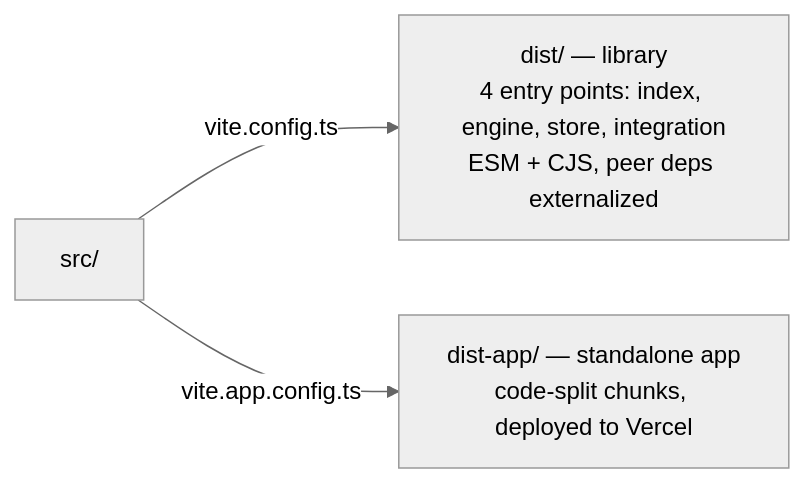
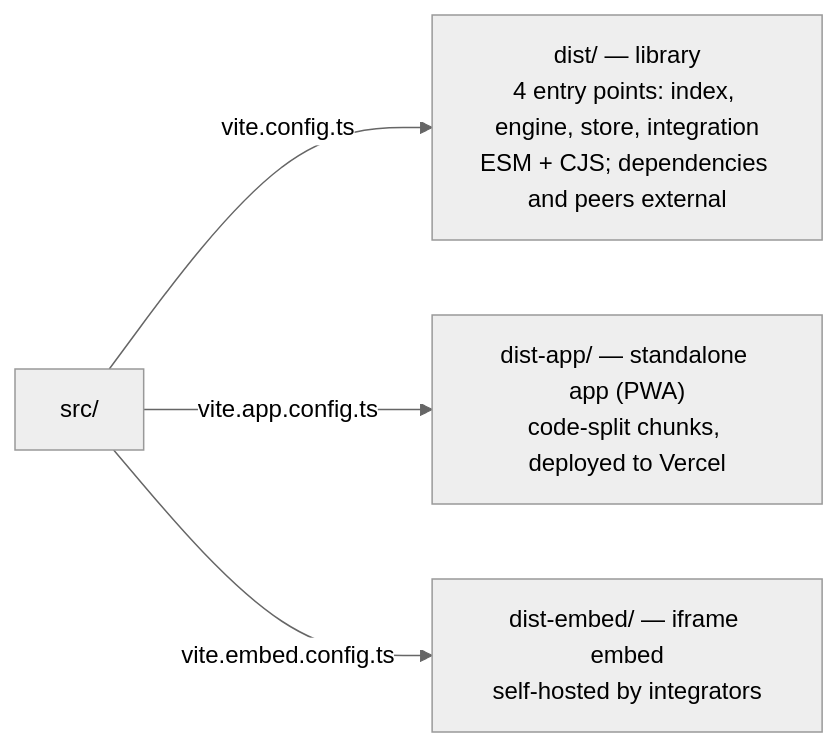
One commit to Perssonify/Markdown-Studio changed the second of 3 diagrams in docs/architecture.md. Above: the diagram before and after it, drawn with Mermaid (neutral theme). The commit also changed other lines of this file and 35 other files, not shown here.

````diff
--- a/docs/architecture.md
+++ b/docs/architecture.md
@@ -70,6 +77,7 @@
 ```mermaid
 flowchart LR
     src[src/]
-    src -->|vite.config.ts| lib["dist/ — library<br/>4 entry points: index, engine, store, integration<br/>ESM + CJS, peer deps externalized"]
-    src -->|vite.app.config.ts| appout["dist-app/ — standalone app<br/>code-split chunks, deployed to Vercel"]
+    src -->|vite.config.ts| lib["dist/ — library<br/>4 entry points: index, engine, store, integration<br/>ESM + CJS; dependencies and peers external"]
+    src -->|vite.app.config.ts| appout["dist-app/ — standalone app (PWA)<br/>code-split chunks, deployed to Vercel"]
+    src -->|vite.embed.config.ts| embedout["dist-embed/ — iframe embed<br/>self-hosted by integrators"]
 ```
````
